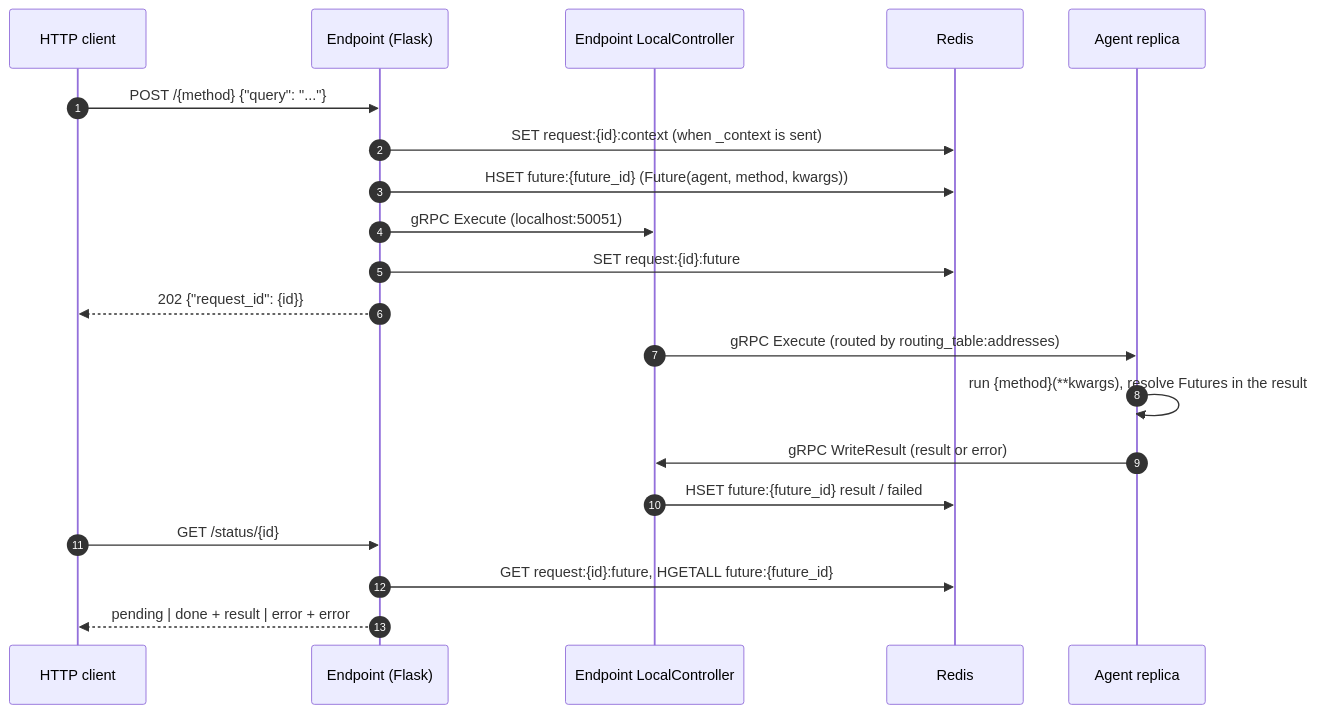
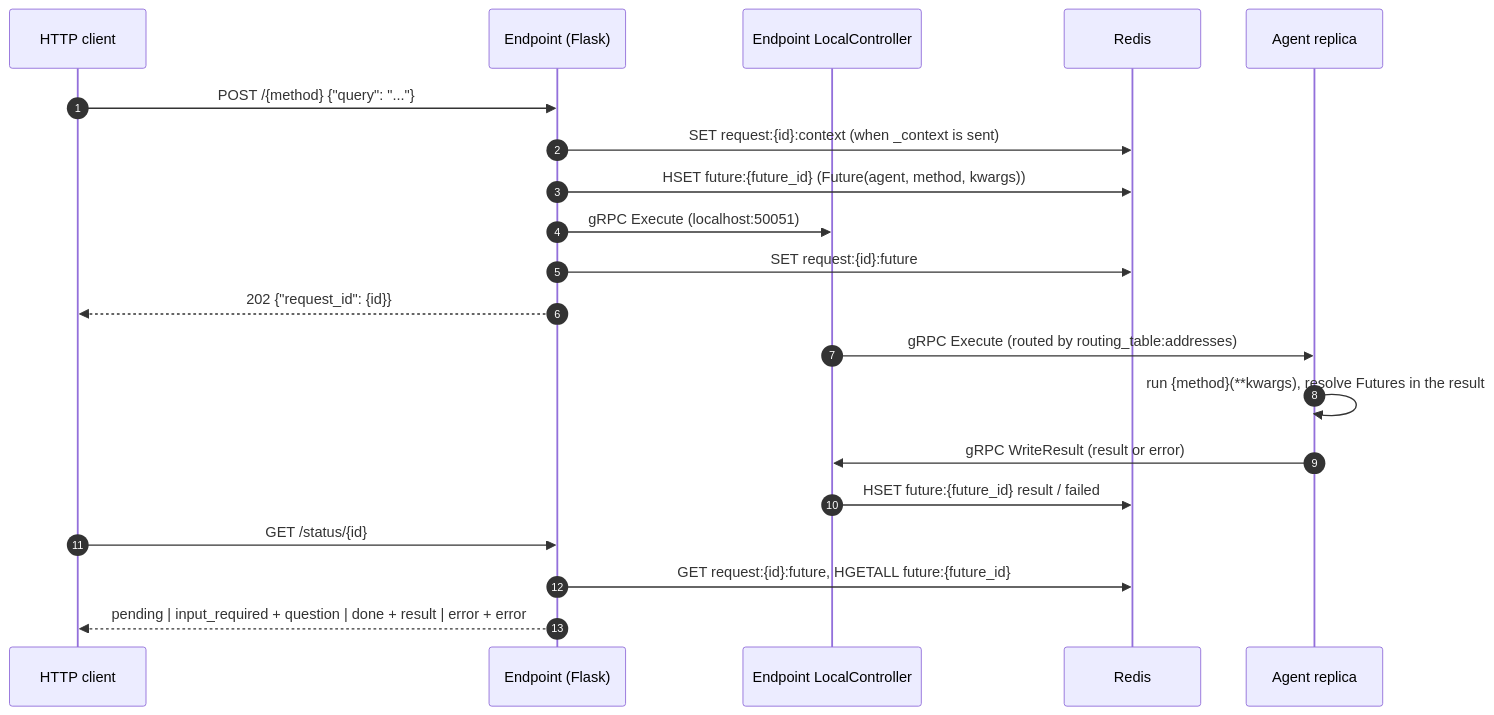
The second of 3 diagrams in docs/architecture/ENDPOINT.md (CanyonCodeCoreAI/canyonos), drawn with Mermaid before and after one commit. The commit also changed other lines of this file and 26 other files, not shown here.

````diff
--- a/docs/architecture/ENDPOINT.md
+++ b/docs/architecture/ENDPOINT.md
@@ -52,23 +52,23 @@
 ```mermaid
 sequenceDiagram
     autonumber
     participant C as HTTP client
     participant E as Endpoint (Flask)
     participant LC as Endpoint LocalController
     participant R as Redis
     participant A as Agent replica
 
     C->>E: POST /{method} {"query": "..."}
     E->>R: SET request:{id}:context (when _context is sent)
     E->>R: HSET future:{future_id} (Future(agent, method, kwargs))
     E->>LC: gRPC Execute (localhost:50051)
     E->>R: SET request:{id}:future
     E-->>C: 202 {"request_id": {id}}
     LC->>A: gRPC Execute (routed by routing_table:addresses)
     A->>A: run {method}(**kwargs), resolve Futures in the result
     A->>LC: gRPC WriteResult (result or error)
     LC->>R: HSET future:{future_id} result / failed
     C->>E: GET /status/{id}
     E->>R: GET request:{id}:future, HGETALL future:{future_id}
-    E-->>C: pending | done + result | error + error
+    E-->>C: pending | input_required + question | done + result | error + error
 ```
````
